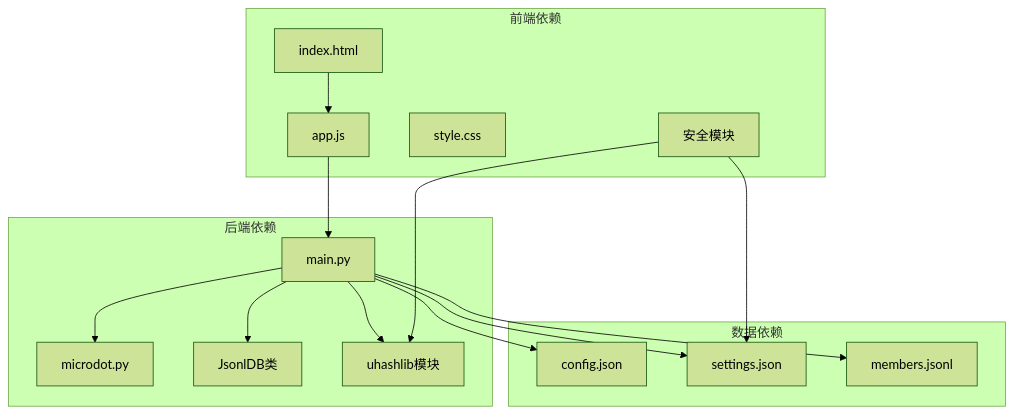
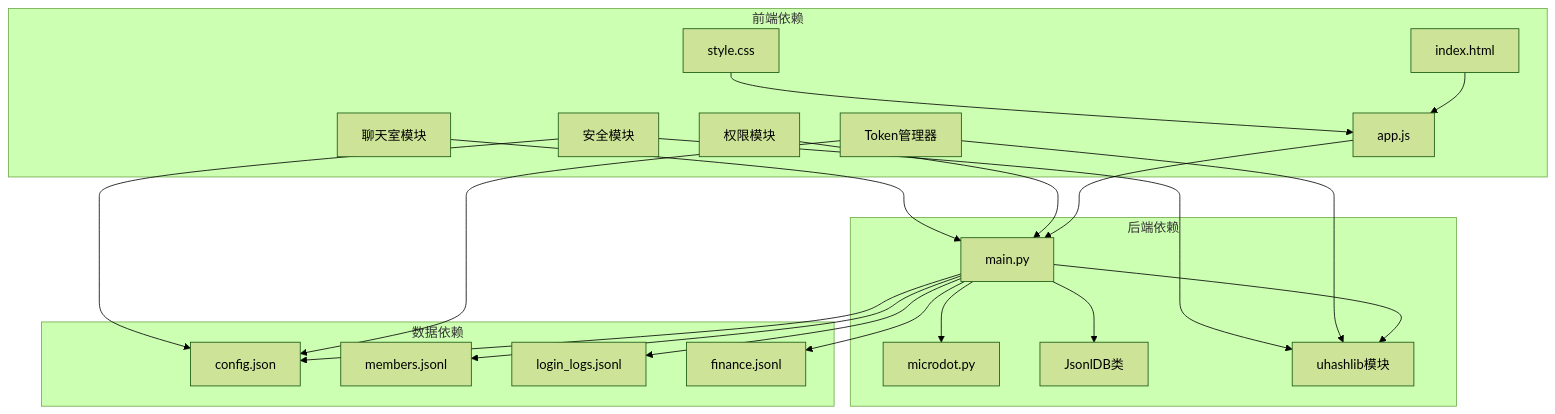
Diagram 27 of 28 in .qoder/repowiki/zh/content/Web界面/JavaScript交互逻辑/用户认证系统.md (qq20739111/weilushishe-lishitai), drawn with Mermaid (forest theme) before and after one commit. The commit also changed other lines of this file and 23 other files, not shown here.

````diff
--- a/.qoder/repowiki/zh/content/Web界面/JavaScript交互逻辑/用户认证系统.md
+++ b/.qoder/repowiki/zh/content/Web界面/JavaScript交互逻辑/用户认证系统.md
@@ -425,30 +977,40 @@
 ```mermaid
 graph TD
 subgraph "前端依赖"
 AppJS[app.js]
 IndexHTML[index.html]
 StyleCSS[style.css]
+TokenManager[Token管理器]
+Permission[权限模块]
 Security[安全模块]
+ChatModule[聊天室模块]
 end
 subgraph "后端依赖"
 MainPY[main.py]
 Microdot[microdot.py]
 JsonlDB[JsonlDB类]
 Crypto[uhashlib模块]
 end
 subgraph "数据依赖"
 ConfigJSON[config.json]
-SettingsJSON[settings.json]
 MembersJSONL[members.jsonl]
+LoginLogsJSONL[login_logs.jsonl]
+FinanceJSONL[finance.jsonl]
 end
 AppJS --> MainPY
 IndexHTML --> AppJS
+StyleCSS --> AppJS
 MainPY --> Microdot
 MainPY --> JsonlDB
 MainPY --> Crypto
 MainPY --> ConfigJSON
-MainPY --> SettingsJSON
 MainPY --> MembersJSONL
+MainPY --> LoginLogsJSONL
+MainPY --> FinanceJSONL
+TokenManager --> Crypto
+TokenManager --> ConfigJSON
+Permission --> MainPY
 Security --> Crypto
-Security --> SettingsJSON
+Security --> ConfigJSON
+ChatModule --> MainPY
 ```
````
